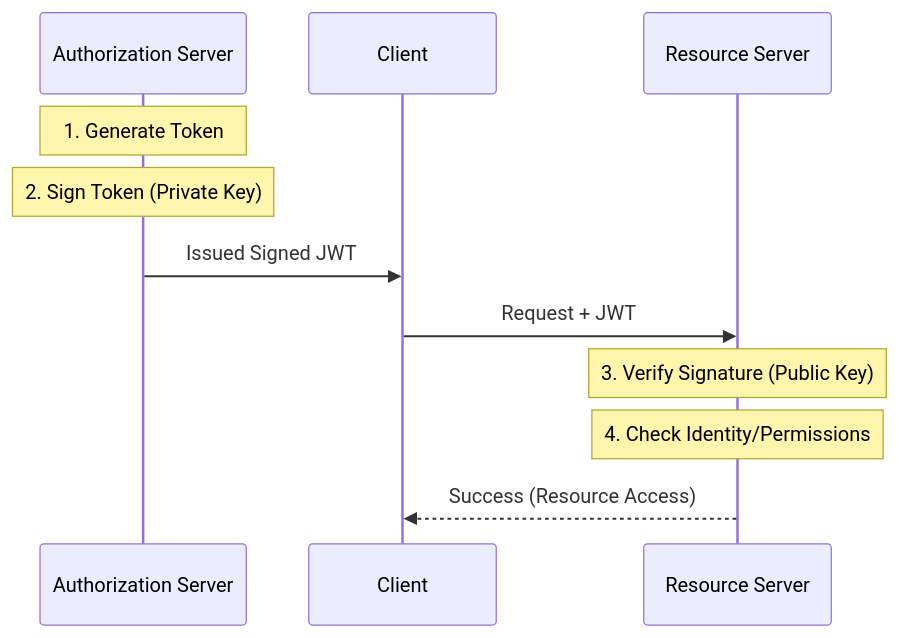
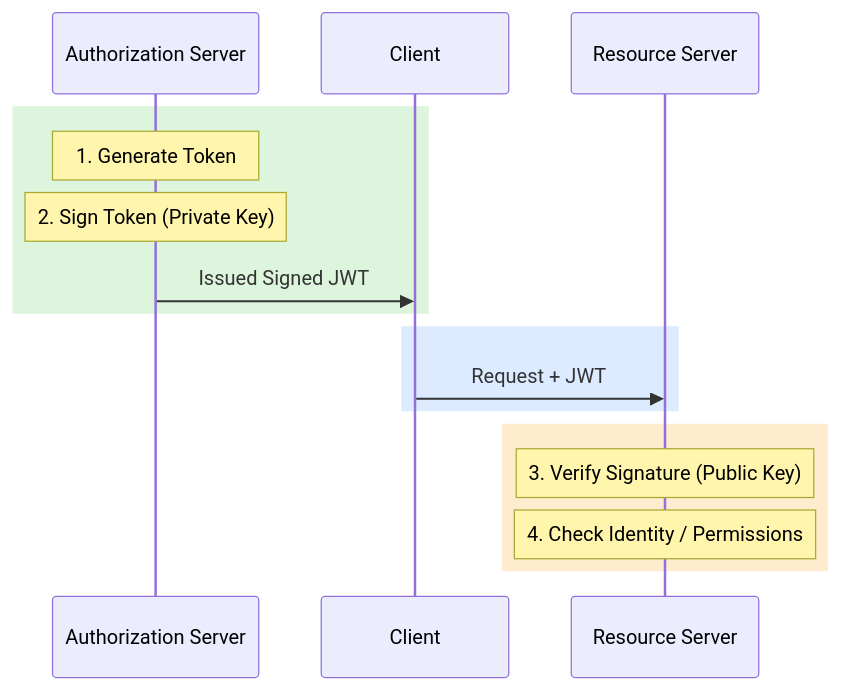
Before and after one commit to PrashantMudhiraj/AuthN_AuthZ: the first of 8 diagrams in Security/AuthN_AuthZ.md, drawn with Mermaid. The commit also changed other lines of this file and 1 other file, not shown here.

````diff
--- a/Security/AuthN_AuthZ.md
+++ b/Security/AuthN_AuthZ.md
@@ -416,16 +414,25 @@
 ```mermaid
-            sequenceDiagram
-                participant AS as Authorization Server
-                participant Client
-                participant RS as Resource Server
+sequenceDiagram
+    participant AS as Authorization Server
+    participant Client
+    participant RS as Resource Server
 
-                Note over AS: 1. Generate Token
-                Note over AS: 2. Sign Token (Private Key)
-                AS->>Client: Issued Signed JWT
+    %% --- TOKEN CREATION (GREEN: TRUSTED AUTH SERVER) ---
+    rect rgb(220, 245, 220)
+        Note over AS: 1. Generate Token
+        Note over AS: 2. Sign Token (Private Key)
+        AS->>Client: Issued Signed JWT
+    end
 
-                Client->>RS: Request + JWT
+    %% --- TOKEN USAGE (BLUE: CLIENT TRANSPORT) ---
+    rect rgb(220, 235, 255)
+        Client->>RS: Request + JWT
+    end
 
-                Note over RS: 3. Verify Signature (Public Key)
-                Note over RS: 4. Check Identity/Permissions
-                RS-->>Client: Success (Resource Access)
+    %% --- TOKEN VERIFICATION (ORANGE: VALIDATION ZONE) ---
+    rect rgb(255, 235, 205)
+        Note over RS: 3. Verify Signature (Public Key)
+        Note over RS: 4. Check Identity / Permissions
+    end
+
 ```
````
